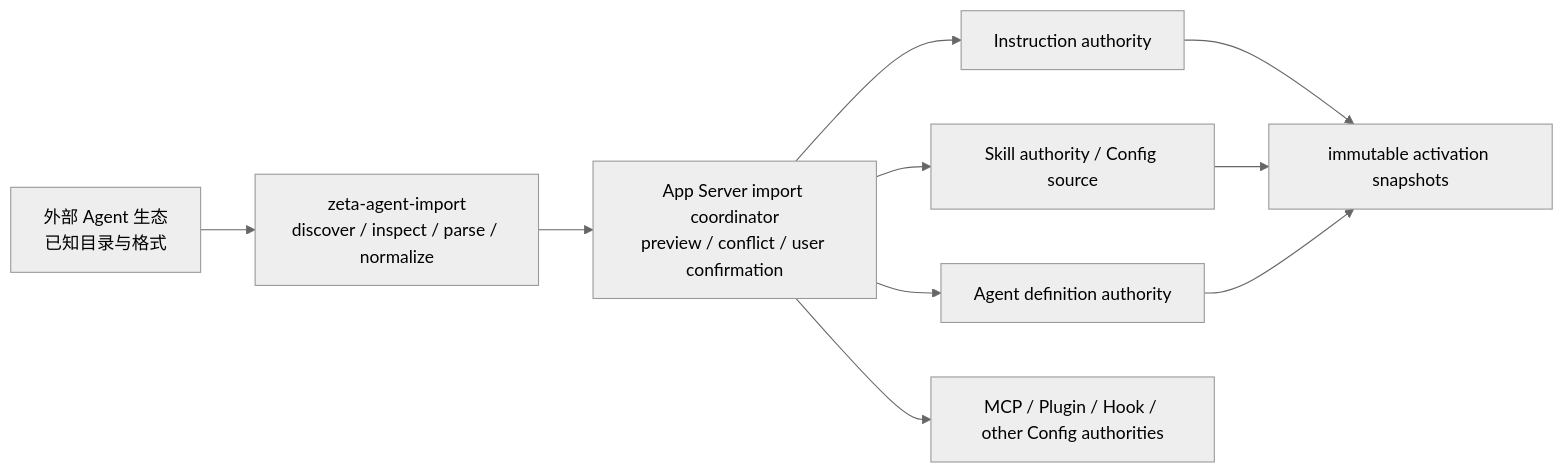
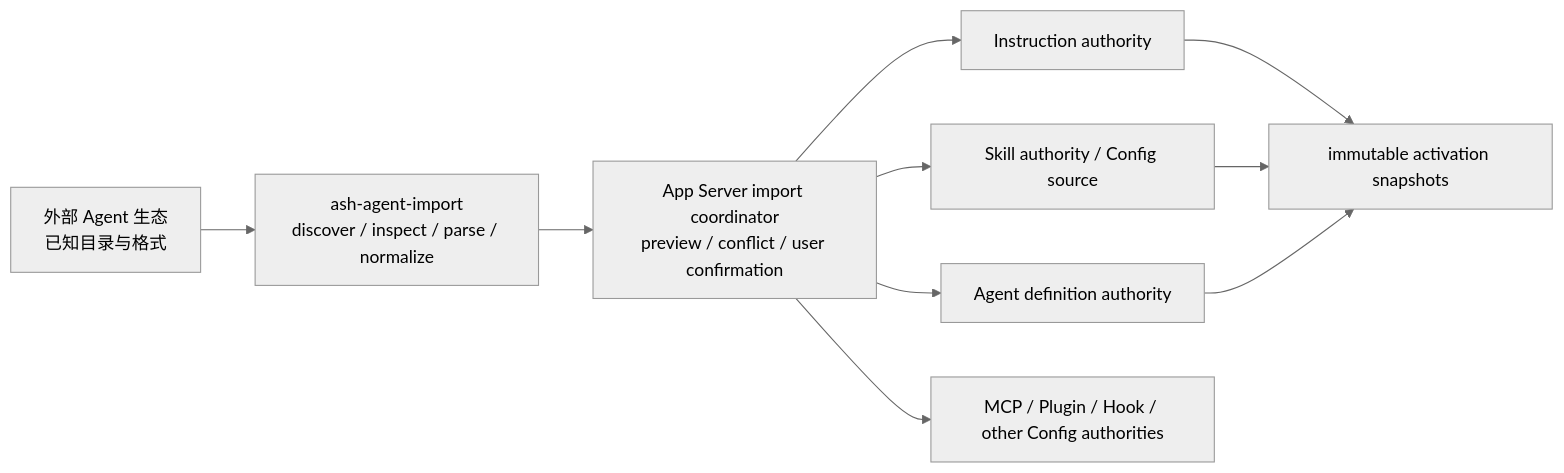
The diagram in docs/agent-customizations.md (chogng/zeta), drawn with Mermaid (neutral theme) before and after one commit. The commit also changed other lines of this file and 7718 other files, not shown here.

Commit message:
refactor: rename zeta to ash

````diff
--- a/docs/agent-customizations.md
+++ b/docs/agent-customizations.md
@@ -146,12 +146,12 @@
 ```mermaid
 flowchart LR
-    external["外部 Agent 生态<br/>已知目录与格式"] --> inspect["zeta-agent-import<br/>discover / inspect / parse / normalize"]
+    external["外部 Agent 生态<br/>已知目录与格式"] --> inspect["ash-agent-import<br/>discover / inspect / parse / normalize"]
     inspect --> preview["App Server import coordinator<br/>preview / conflict / user confirmation"]
     preview --> instruction["Instruction authority"]
     preview --> skill["Skill authority / Config source"]
     preview --> agent["Agent definition authority"]
     preview --> config["MCP / Plugin / Hook / other Config authorities"]
     instruction --> runtime["immutable activation snapshots"]
     skill --> runtime
     agent --> runtime
 ```
````
